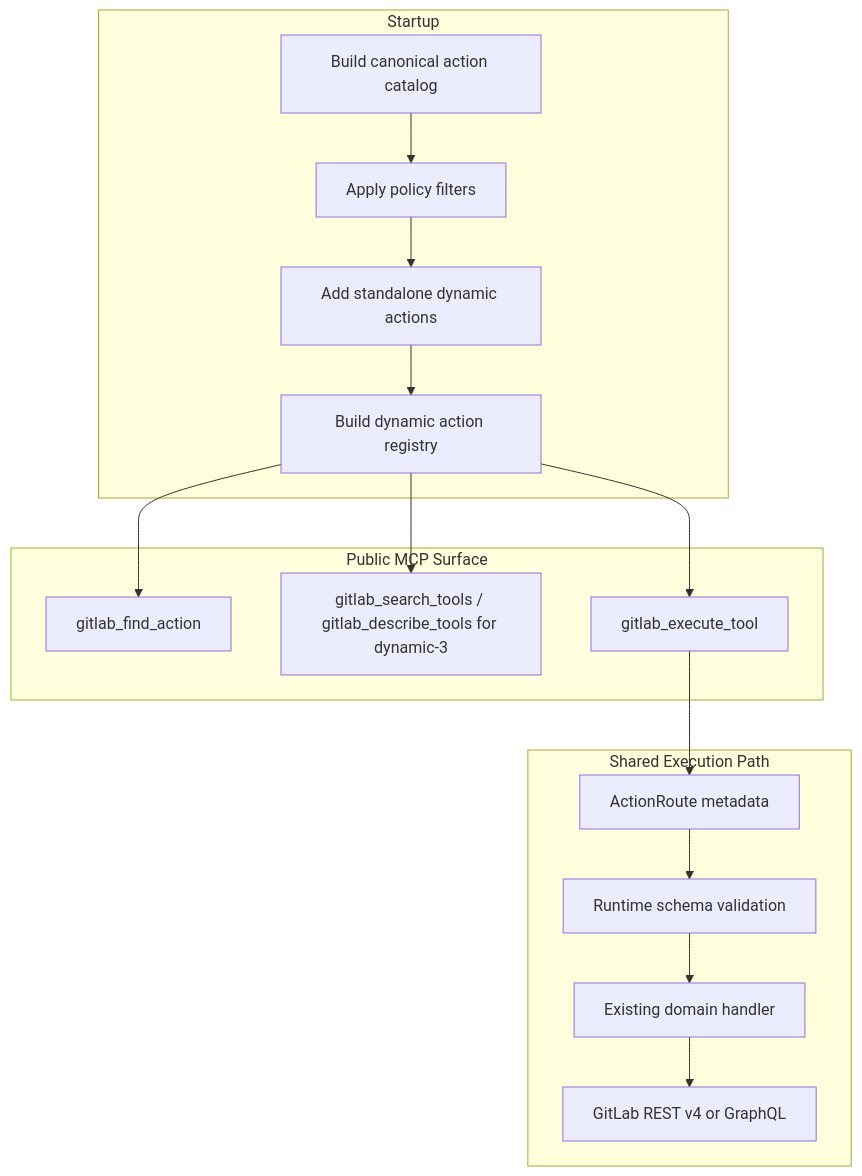
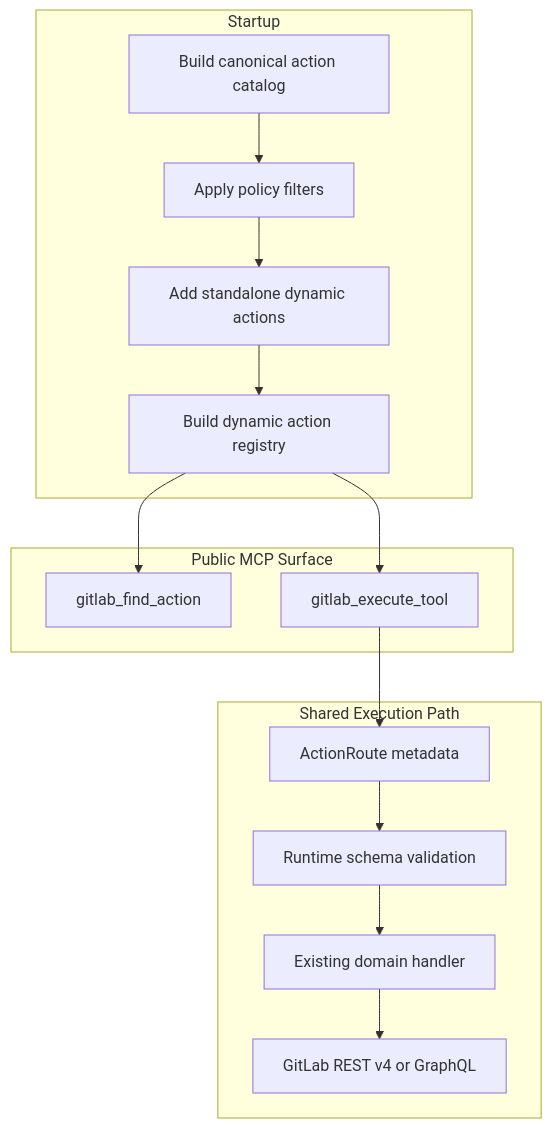
The second of 2 diagrams in docs/dynamic-tools.md (jmrplens/gitlab-mcp-server), drawn with Mermaid before and after one commit. The commit also changed other lines of this file and 132 other files, not shown here.

````diff
--- a/docs/dynamic-tools.md
+++ b/docs/dynamic-tools.md
@@ -329,28 +250,26 @@
 ```mermaid
 flowchart TD
   subgraph Startup
     A[Build canonical action catalog]
     B[Apply policy filters]
     C[Add standalone dynamic actions]
     D[Build dynamic action registry]
   end
 
     subgraph Public MCP Surface
         E[gitlab_find_action]
-        F[gitlab_search_tools / gitlab_describe_tools for dynamic-3]
         G[gitlab_execute_tool]
     end
 
     subgraph Shared Execution Path
         H[ActionRoute metadata]
         I[Runtime schema validation]
         J[Existing domain handler]
         K[GitLab REST v4 or GraphQL]
     end
 
     A --> B --> C --> D
     D --> E
-    D --> F
     D --> G
     G --> H --> I --> J --> K
 ```
````
